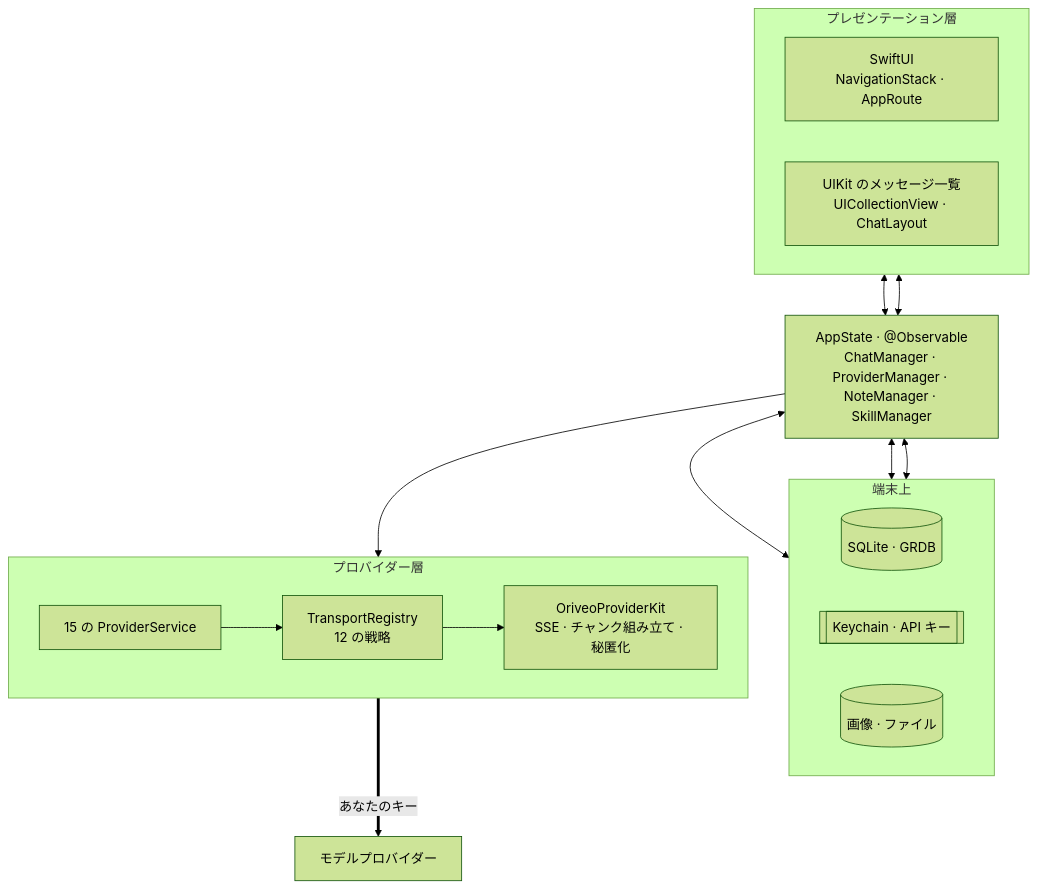
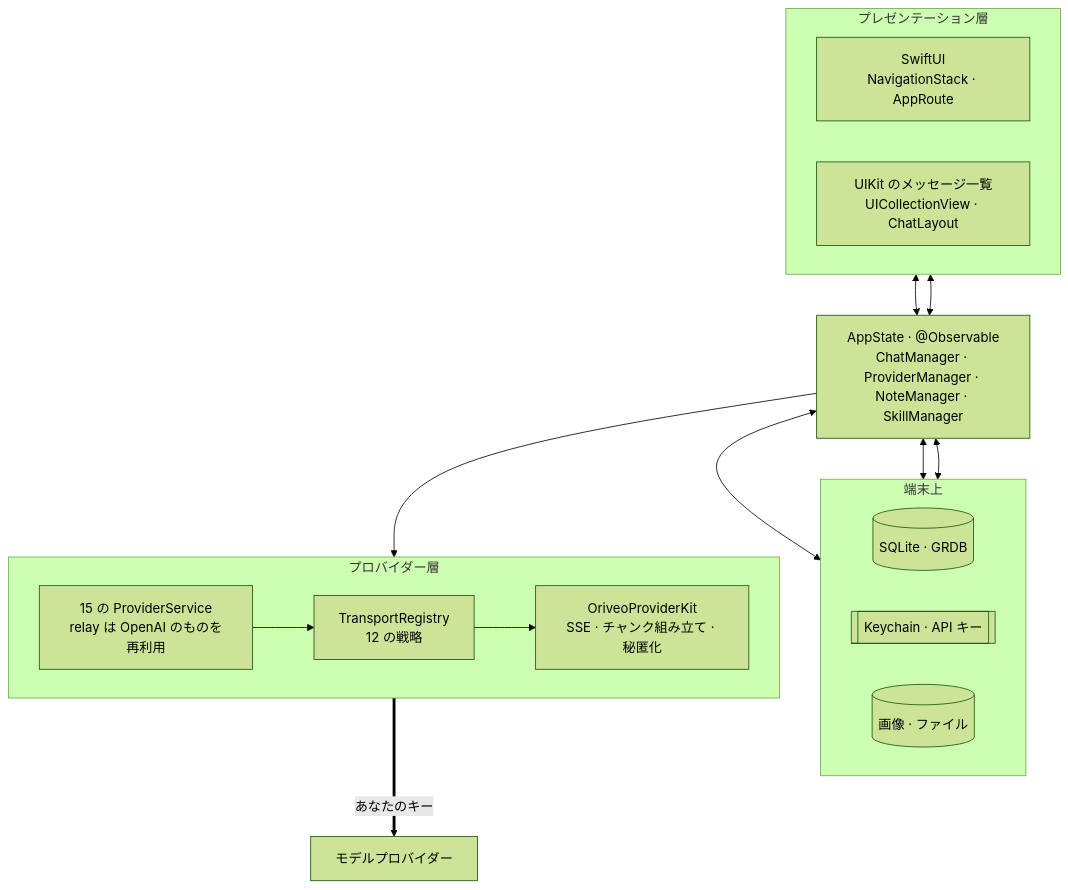
Before and after one commit to oriveo/oriveo: the first of 2 diagrams in readme_i18n/ja/ios.md, drawn with Mermaid (forest theme). The commit also changed other lines of this file and 62 other files, not shown here.

````diff
--- a/readme_i18n/ja/ios.md
+++ b/readme_i18n/ja/ios.md
@@ -47,30 +47,30 @@
 ```mermaid
 flowchart TB
     subgraph ui ["プレゼンテーション層"]
         direction LR
         swiftui["SwiftUI<br/>NavigationStack · AppRoute"]
         uikit["UIKit のメッセージ一覧<br/>UICollectionView · ChatLayout"]
     end
 
     appstate["AppState · @Observable<br/>ChatManager · ProviderManager · NoteManager · SkillManager"]
 
     subgraph store ["端末上"]
         direction LR
         grdb[("SQLite · GRDB")]
         keychain[["Keychain · API キー"]]
         files[("画像 · ファイル")]
     end
 
     subgraph provider ["プロバイダー層"]
         direction LR
-        services["15 の ProviderService"]
+        services["15 の ProviderService<br/>relay は OpenAI のものを再利用"]
         transports["TransportRegistry<br/>12 の戦略"]
         kit["OriveoProviderKit<br/>SSE · チャンク組み立て · 秘匿化"]
     end
 
     swiftui & uikit <--> appstate
     appstate <--> grdb & keychain & files
     appstate --> services
     services --> transports --> kit
     kit ==>|"あなたのキー"| up["モデルプロバイダー"]
 ```
````
